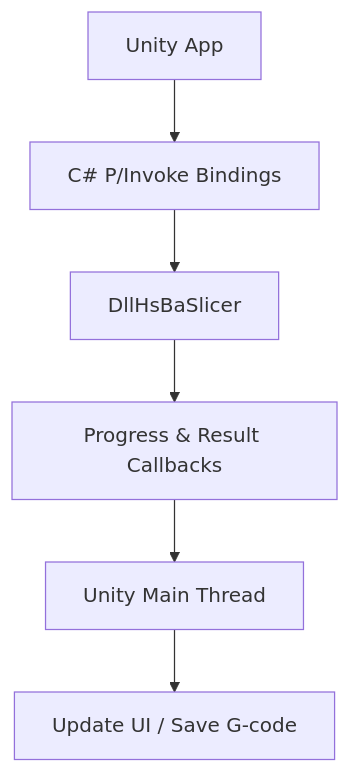
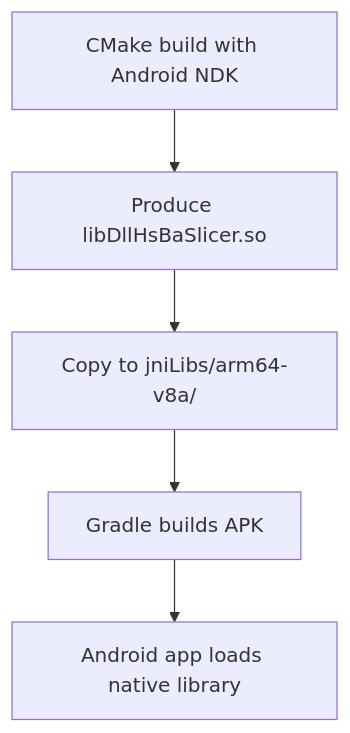
Before and after one commit to hsmbanlance/HsBaSlicer: the seventh of 9 diagrams in .qoder/repowiki/en/content/Integration Guide/Integration Guide.md, drawn with Mermaid. The commit also changed other lines of this file and 1095 other files, not shown here.

````diff
--- a/.qoder/repowiki/en/content/Integration Guide/Integration Guide.md
+++ b/.qoder/repowiki/en/content/Integration Guide/Integration Guide.md
@@ -443,8 +263,7 @@
 ```mermaid
 flowchart TD
-UnityApp["Unity App"] --> Bindings["C# P/Invoke Bindings"]
-Bindings --> Dll["DllHsBaSlicer"]
-Dll --> Callbacks["Progress & Result Callbacks"]
-Callbacks --> UnityMainThread["Unity Main Thread"]
-UnityMainThread --> UI["Update UI / Save G-code"]
+CMake["CMake build with Android NDK"] --> So["Produce libDllHsBaSlicer.so"]
+So --> JniLibs["Copy to jniLibs/arm64-v8a/"]
+JniLibs --> Gradle["Gradle builds APK"]
+Gradle --> App["Android app loads native library"]
 ```
````
